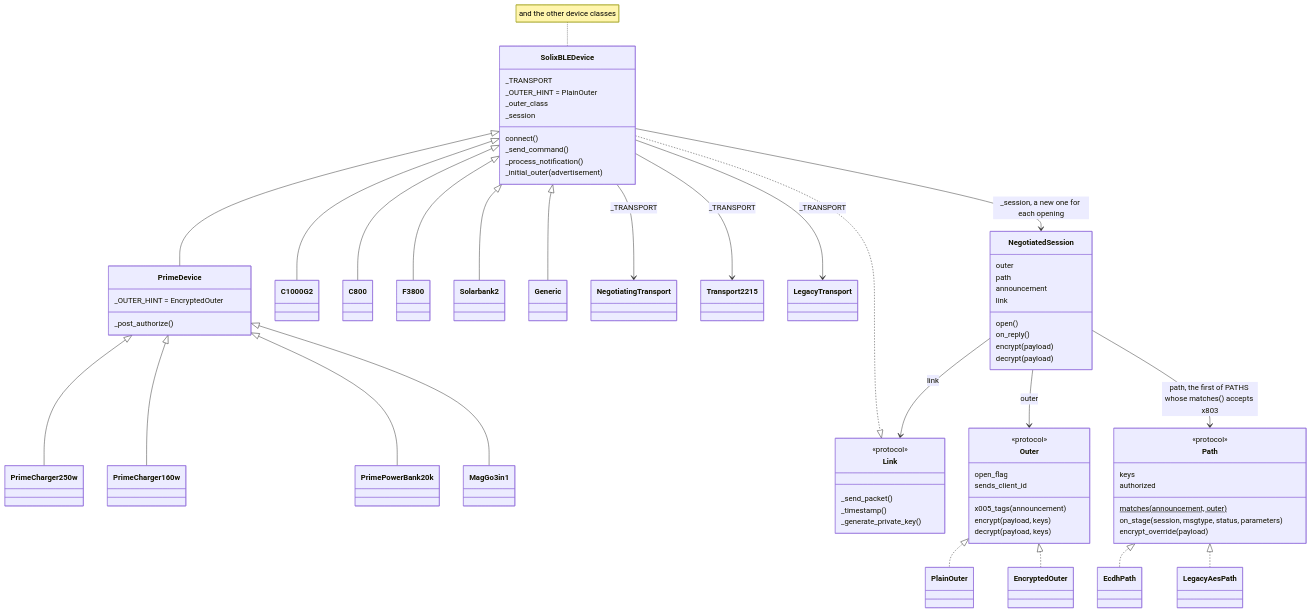
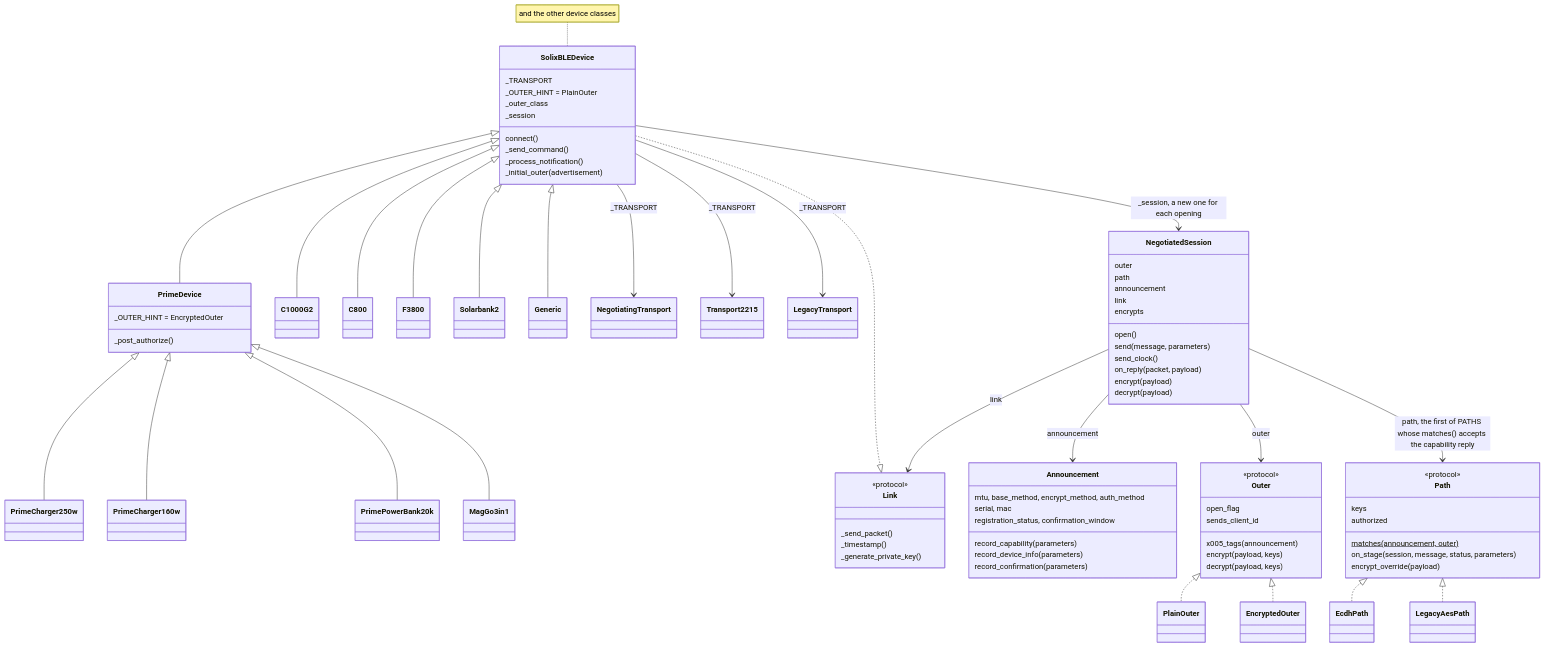
One commit to flip-dots/SolixBLE changed the eighth of 15 diagrams in docs/source/protocols.rst. Above: the diagram before and after it, drawn with Mermaid. The commit also changed other lines of this file, not shown here.

First line of the commit message:
Update the protocols page for the packet fields and the paths

```diff
--- a/docs/source/protocols.rst
+++ b/docs/source/protocols.rst
@@ -349,13 +415,26 @@
           path
           announcement
           link
+          encrypts
           open()
-          on_reply()
+          send(message, parameters)
+          send_clock()
+          on_reply(packet, payload)
           encrypt(payload)
           decrypt(payload)
       }
       SolixBLEDevice --> NegotiatedSession : _session, a new one for each opening
       NegotiatedSession --> Link : link
+
+      class Announcement {
+          mtu, base_method, encrypt_method, auth_method
+          serial, mac
+          registration_status, confirmation_window
+          record_capability(parameters)
+          record_device_info(parameters)
+          record_confirmation(parameters)
+      }
+      NegotiatedSession --> Announcement : announcement
 
       class Outer {
           <<protocol>>
@@ -374,9 +453,9 @@
           keys
           authorized
           matches(announcement, outer)$
-          on_stage(session, msgtype, status, parameters)
+          on_stage(session, message, status, parameters)
           encrypt_override(payload)
       }
       Path <|.. EcdhPath
       Path <|.. LegacyAesPath
-      NegotiatedSession --> Path : path, the first of PATHS whose matches() accepts x803
+      NegotiatedSession --> Path : path, the first of PATHS whose matches() accepts the capability reply
```
